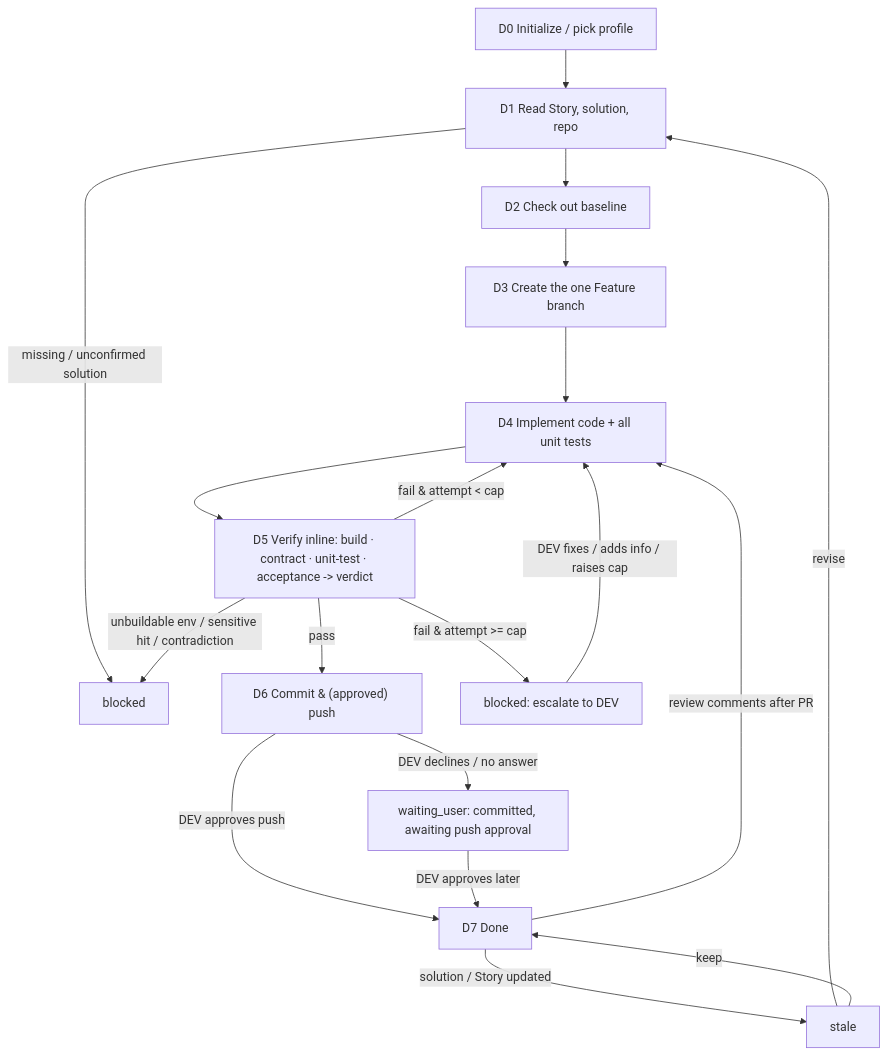
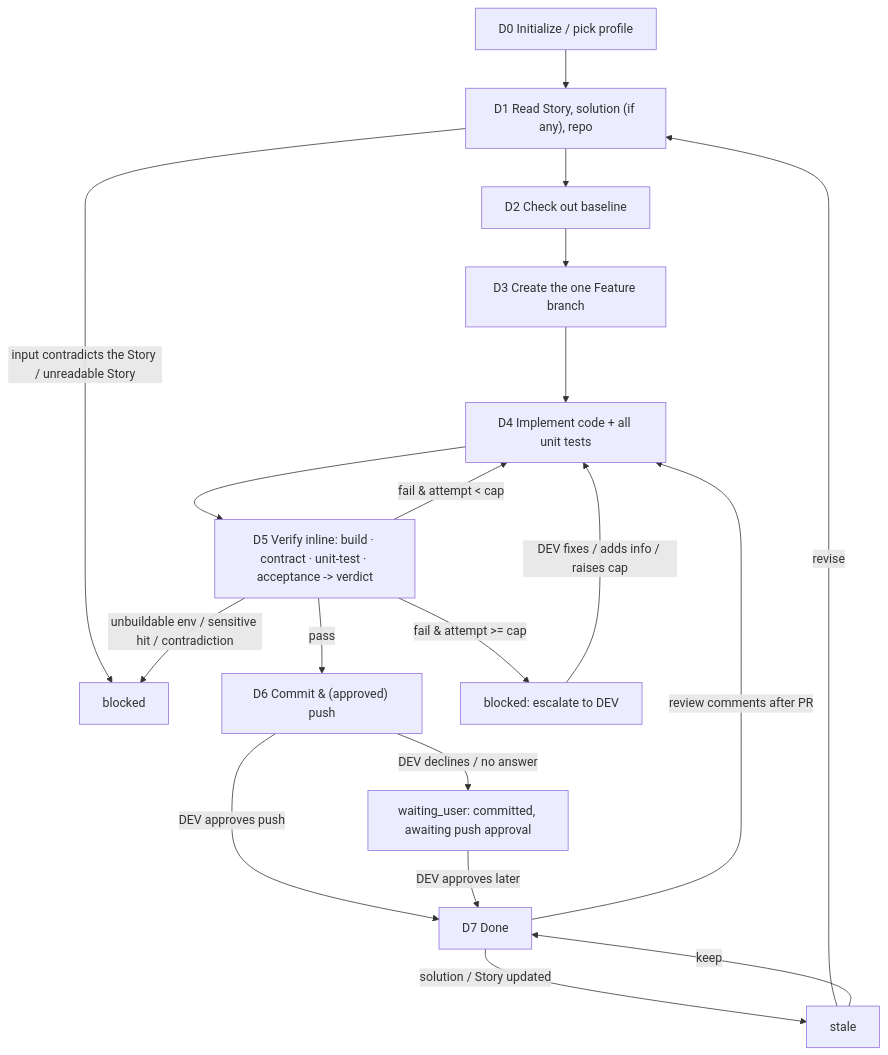
Before and after one commit to mjz-kevin/marriott: the diagram in .cursor/agents/dev-agent.md, drawn with Mermaid. The commit also changed other lines of this file, not shown here.

````diff
--- a/.cursor/agents/dev-agent.md
+++ b/.cursor/agents/dev-agent.md
@@ -242,21 +244,21 @@
 ```mermaid
 flowchart TD
-    D0["D0 Initialize / pick profile"] --> D1["D1 Read Story, solution, repo"]
-    D1 -->|"missing / unconfirmed solution"| B["blocked"]
+    D0["D0 Initialize / pick profile"] --> D1["D1 Read Story, solution (if any), repo"]
+    D1 -->|"input contradicts the Story / unreadable Story"| B["blocked"]
     D1 --> D2["D2 Check out baseline"]
     D2 --> D3["D3 Create the one Feature branch"]
     D3 --> D4["D4 Implement code + all unit tests"]
     D4 --> D5["D5 Verify inline: build · contract · unit-test · acceptance -> verdict"]
     D5 -->|"pass"| D6["D6 Commit & (approved) push"]
     D5 -->|"fail & attempt < cap"| D4
     D5 -->|"fail & attempt >= cap"| ESC["blocked: escalate to DEV"]
     D5 -->|"unbuildable env / sensitive hit / contradiction"| B
     ESC -->|"DEV fixes / adds info / raises cap"| D4
     D6 -->|"DEV approves push"| D7["D7 Done"]
     D6 -->|"DEV declines / no answer"| WP["waiting_user: committed, awaiting push approval"]
     WP -->|"DEV approves later"| D7
     D7 -->|"solution / Story updated"| ST["stale"]
     ST -->|"revise"| D1
     ST -->|"keep"| D7
     D7 -->|"review comments after PR"| D4
 ```
````
